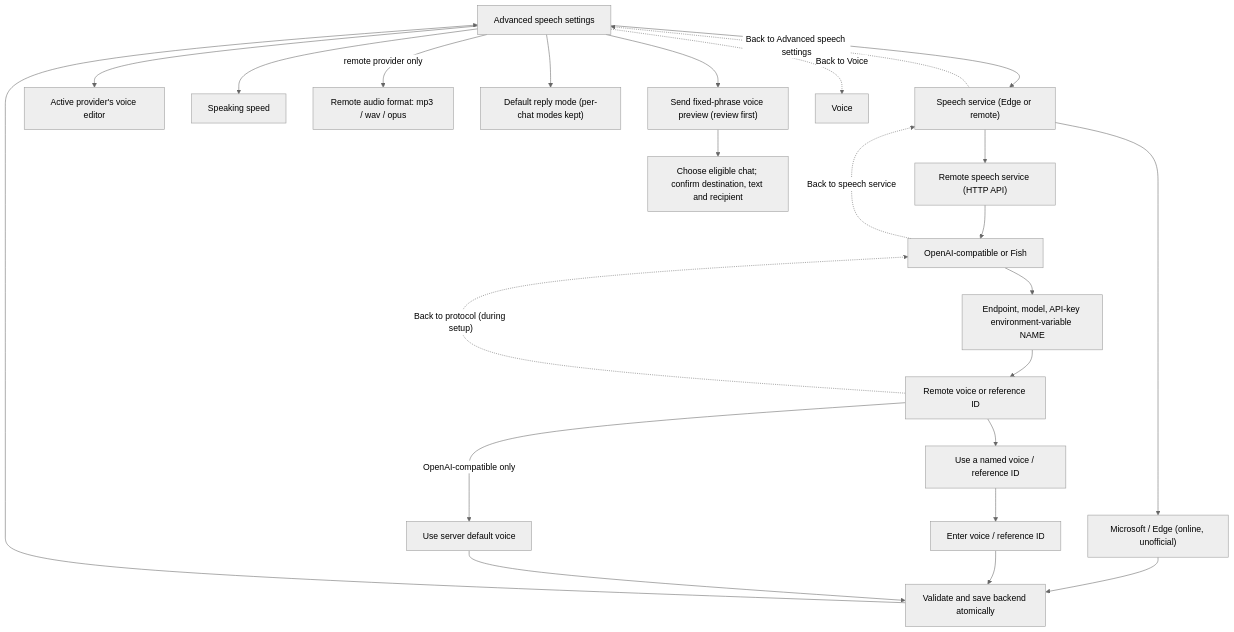
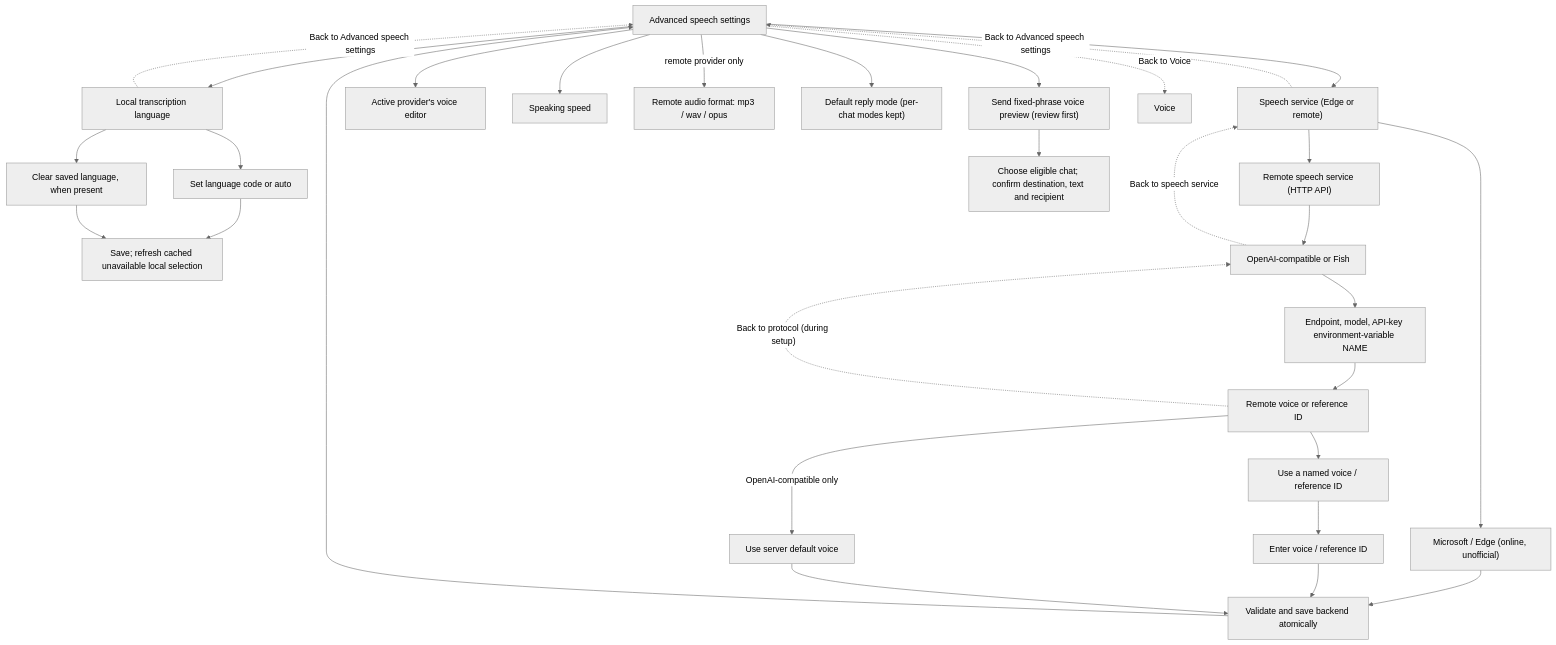
Before and after one commit to jagaliano/whatsapp-ng: the ninth of 11 diagrams in docs/menu-diagrams.md, drawn with Mermaid (neutral theme). The commit also changed other lines of this file and 51 other files, not shown here.

Commit message:
feat(preferences): persist local transcription and locale settings

````diff
--- a/docs/menu-diagrams.md
+++ b/docs/menu-diagrams.md
@@ -238,26 +256,32 @@
 ```mermaid
 flowchart TB
+    Advanced["Advanced speech settings"] --> LocalLanguage["Local transcription language"]
+    LocalLanguage --> LanguageSet["Set language code or auto"]
+    LocalLanguage --> LanguageClear["Clear saved language, when present"]
+    LanguageSet --> LanguageSaved["Save; refresh cached unavailable local selection"]
+    LanguageClear --> LanguageSaved
+    LocalLanguage -. "Back to Advanced speech settings" .-> Advanced
     Advanced["Advanced speech settings"] --> Backend["Speech service (Edge or remote)"]
     Backend --> Edge["Microsoft / Edge (online, unofficial)"]
     Backend --> Remote["Remote speech service (HTTP API)"]
     Remote --> Protocol["OpenAI-compatible or Fish"]
     Protocol --> Fields["Endpoint, model, API-key environment-variable NAME"]
     Fields --> VoiceChoice["Remote voice or reference ID"]
     VoiceChoice --> Named["Use a named voice / reference ID"]
     VoiceChoice -->|"OpenAI-compatible only"| Server["Use server default voice"]
     Named --> ID["Enter voice / reference ID"]
     Edge --> Save["Validate and save backend atomically"]
     ID --> Save
     Server --> Save
     Save --> Advanced
     Backend -. "Back to Advanced speech settings" .-> Advanced
     Protocol -. "Back to speech service" .-> Backend
     VoiceChoice -. "Back to protocol (during setup)" .-> Protocol
     Advanced --> VoiceEdit["Active provider's voice editor"]
     Advanced --> Speed["Speaking speed"]
     Advanced -->|"remote provider only"| Format["Remote audio format: mp3 / wav / opus"]
     Advanced --> Default["Default reply mode (per-chat modes kept)"]
     Advanced --> Preview["Send fixed-phrase voice preview (review first)"]
     Preview --> Chat["Choose eligible chat; confirm destination, text and recipient"]
     Advanced -. "Back to Voice" .-> Voice["Voice"]
 ```
````
